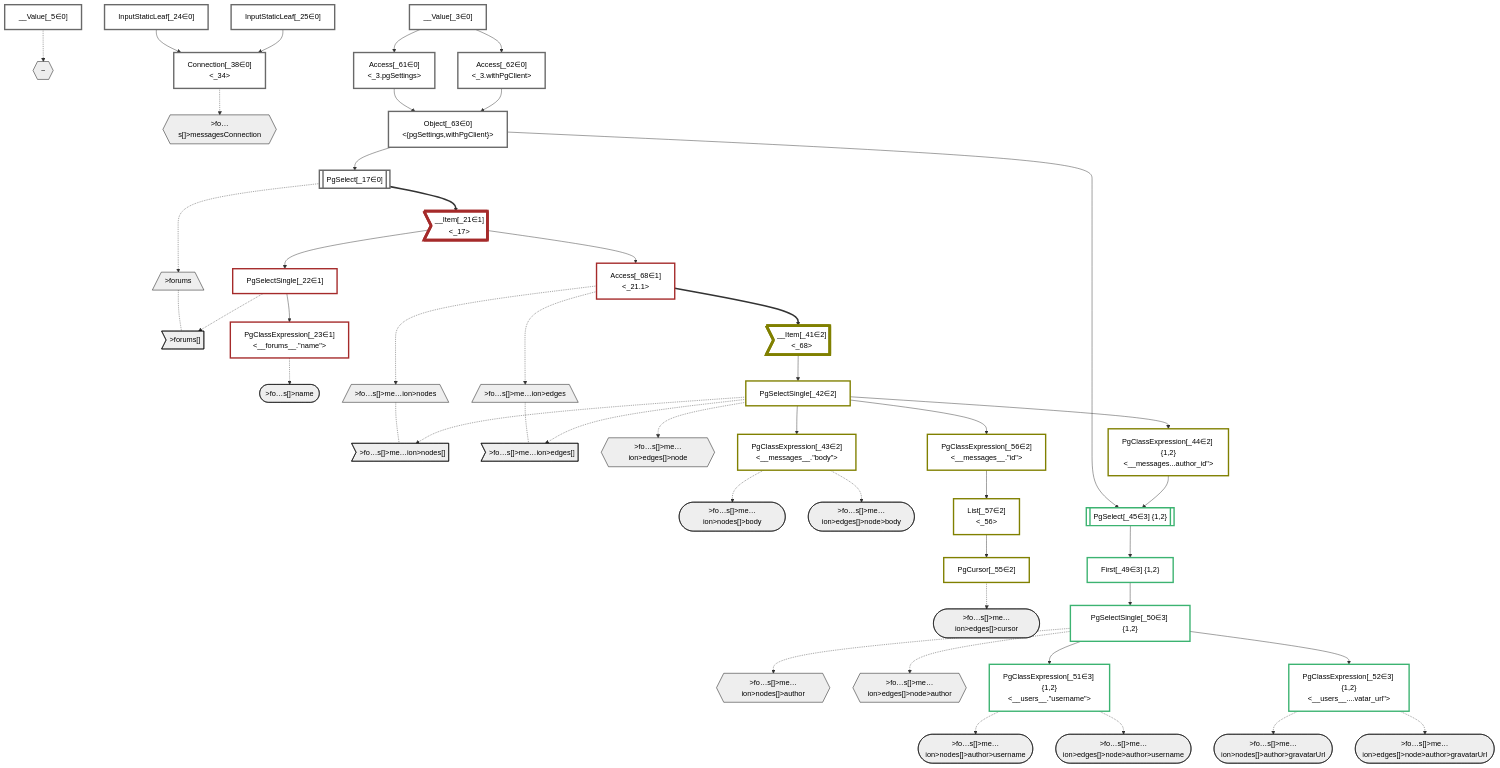
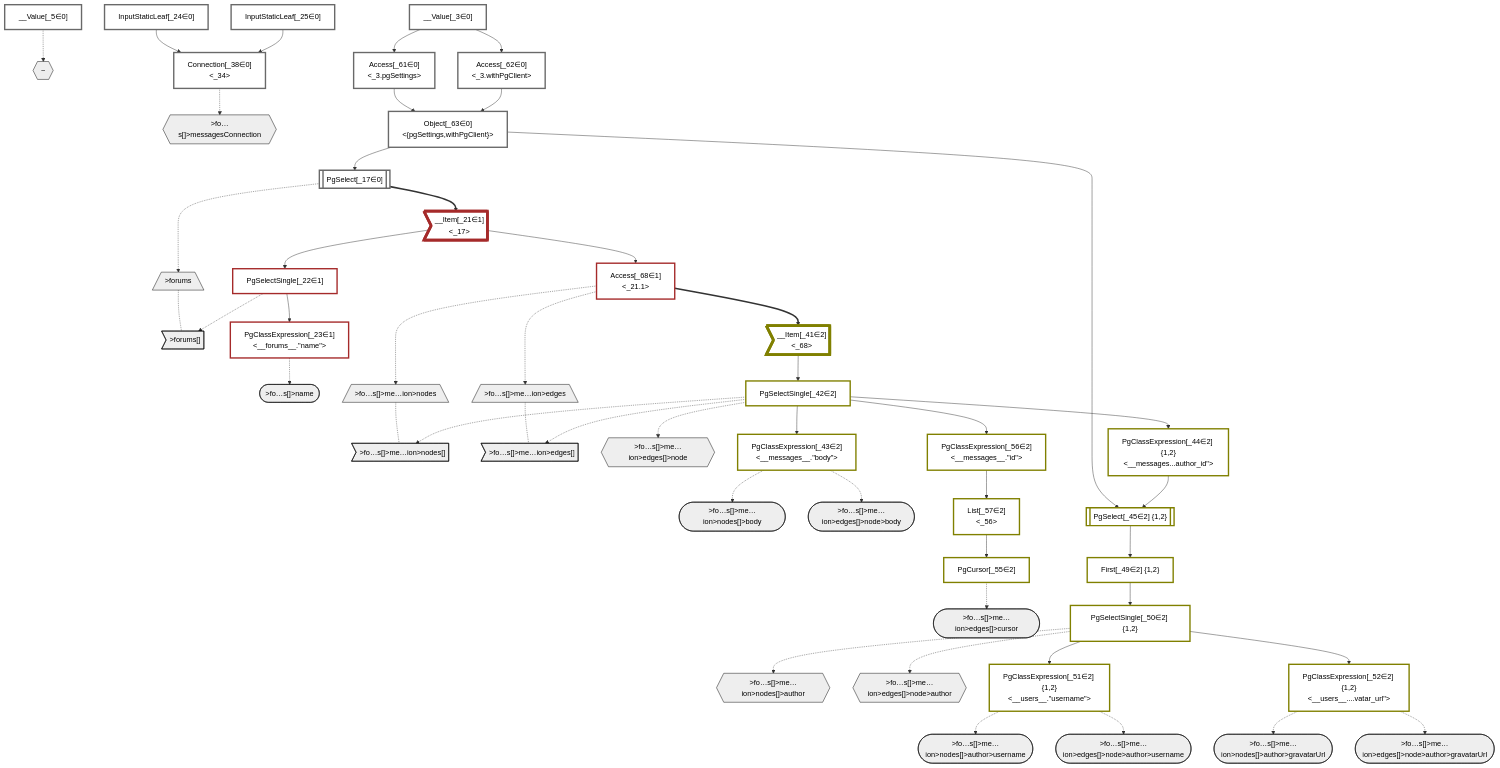
Before and after one commit to graphile/crystal: the diagram in packages/dataplan-pg/__tests__/queries/conditions/archived-forum-inherited-messages.defer-6.mermaid.md, drawn with Mermaid. The commit also changed 42 other files, not shown here.

````diff
--- a/packages/dataplan-pg/__tests__/queries/conditions/archived-forum-inherited-messages.defer-6.mermaid.md
+++ b/packages/dataplan-pg/__tests__/queries/conditions/archived-forum-inherited-messages.defer-6.mermaid.md
@@ -59,11 +59,11 @@
     PgSelectSingle_42["PgSelectSingle[_42∈2]<br /><messages>"]:::plan
     PgClassExpression_43["PgClassExpression[_43∈2]<br /><__messages__.#quot;body#quot;>"]:::plan
     PgClassExpression_44["PgClassExpression[_44∈2] {1,2}<br /><__messages...author_id#quot;>"]:::plan
-    PgSelect_45[["PgSelect[_45∈3] {1,2}<br /><users>"]]:::plan
-    First_49["First[_49∈3] {1,2}"]:::plan
-    PgSelectSingle_50["PgSelectSingle[_50∈3] {1,2}<br /><users>"]:::plan
-    PgClassExpression_51["PgClassExpression[_51∈3] {1,2}<br /><__users__.#quot;username#quot;>"]:::plan
-    PgClassExpression_52["PgClassExpression[_52∈3] {1,2}<br /><__users__....vatar_url#quot;>"]:::plan
+    PgSelect_45[["PgSelect[_45∈2] {1,2}<br /><users>"]]:::plan
+    First_49["First[_49∈2] {1,2}"]:::plan
+    PgSelectSingle_50["PgSelectSingle[_50∈2] {1,2}<br /><users>"]:::plan
+    PgClassExpression_51["PgClassExpression[_51∈2] {1,2}<br /><__users__.#quot;username#quot;>"]:::plan
+    PgClassExpression_52["PgClassExpression[_52∈2] {1,2}<br /><__users__....vatar_url#quot;>"]:::plan
     PgCursor_55["PgCursor[_55∈2]"]:::plan
     PgClassExpression_56["PgClassExpression[_56∈2]<br /><__messages__.#quot;id#quot;>"]:::plan
     List_57["List[_57∈2]<br /><_56>"]:::plan
@@ -125,7 +125,5 @@
     classDef bucket1 stroke:#a52a2a
     class __Item_21,PgSelectSingle_22,PgClassExpression_23,Access_68 bucket1
     classDef bucket2 stroke:#808000
-    class __Item_41,PgSelectSingle_42,PgClassExpression_43,PgClassExpression_44,PgCursor_55,PgClassExpression_56,List_57 bucket2
-    classDef bucket3 stroke:#3cb371
-    class PgSelect_45,First_49,PgSelectSingle_50,PgClassExpression_51,PgClassExpression_52 bucket3
+    class __Item_41,PgSelectSingle_42,PgClassExpression_43,PgClassExpression_44,PgSelect_45,First_49,PgSelectSingle_50,PgClassExpression_51,PgClassExpression_52,PgCursor_55,PgClassExpression_56,List_57 bucket2
 ```
````
